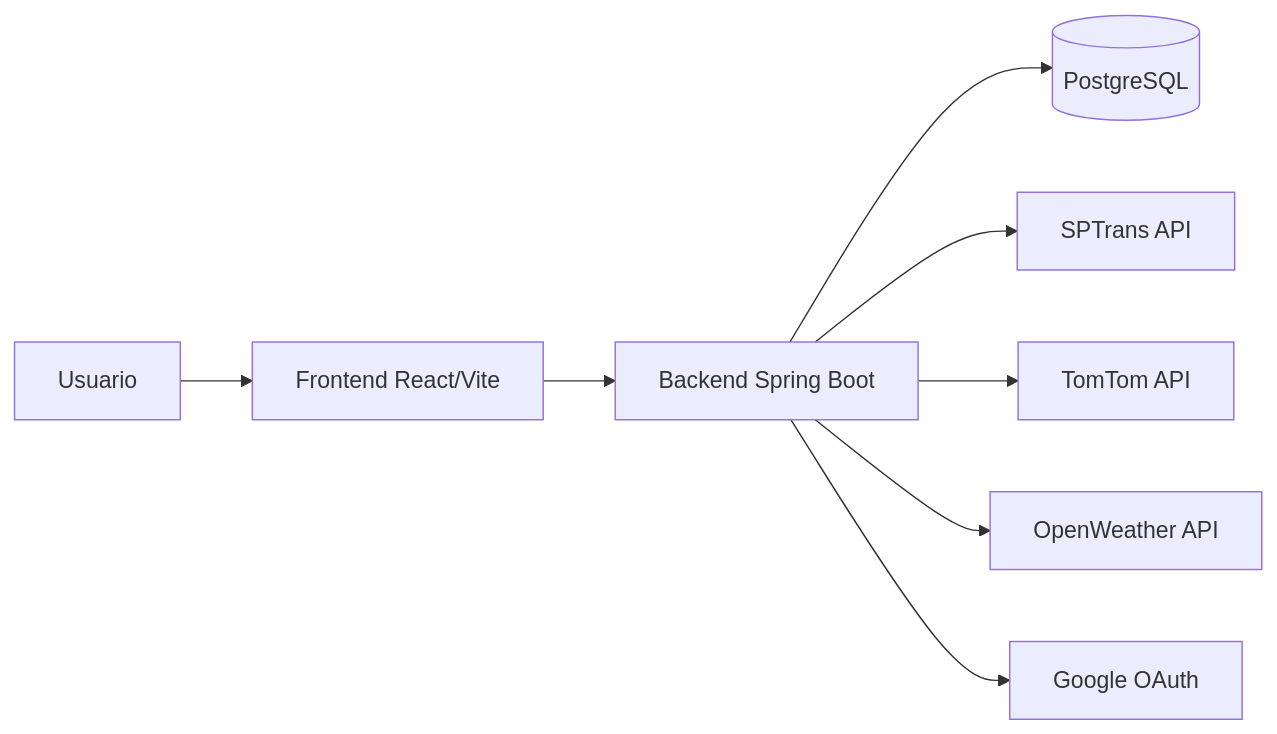
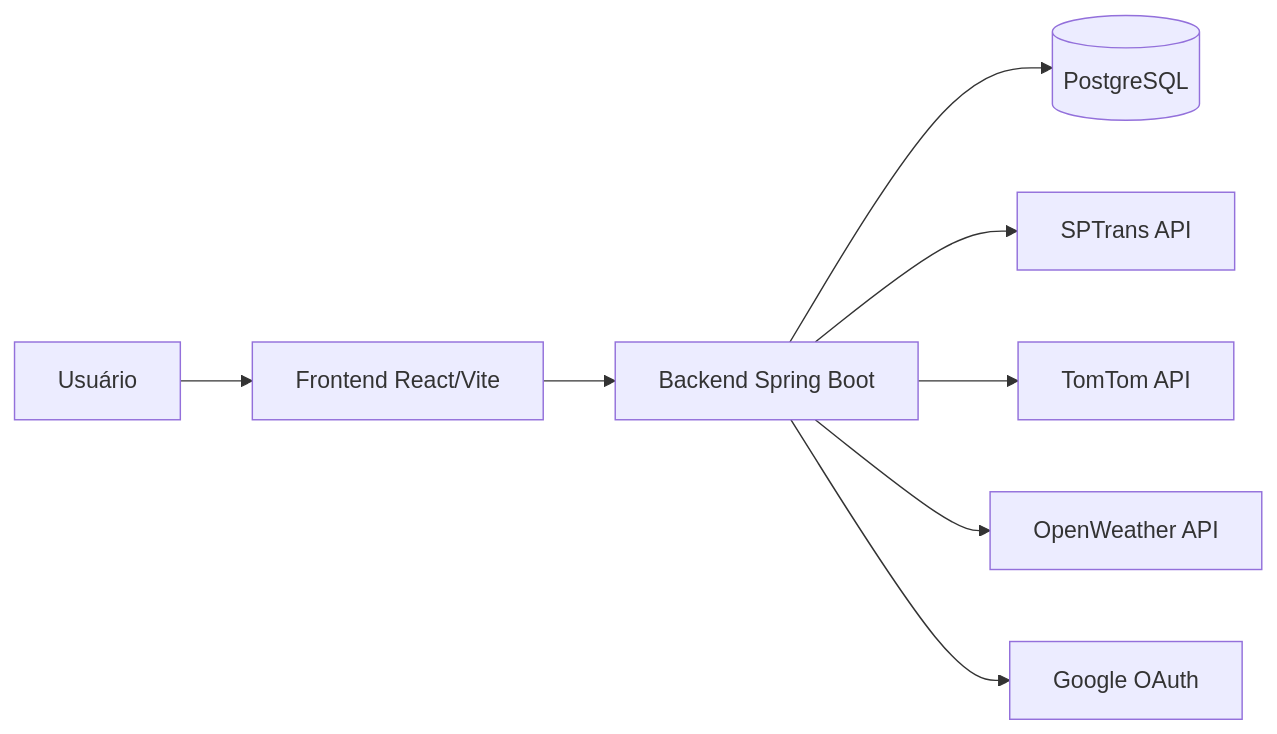
Before and after one commit to No-Country-simulation/S03-26-Equipe-26-Web-App-Development: the diagram in README.md, drawn with Mermaid. The commit also changed other lines of this file and 3 other files, not shown here.

````diff
--- a/README.md
+++ b/README.md
@@ -45,10 +45,10 @@
 ```mermaid
 flowchart LR
-    U[Usuario] --> F[Frontend React/Vite]
+    U[Usuário] --> F[Frontend React/Vite]
     F --> B[Backend Spring Boot]
     B --> P[(PostgreSQL)]
     B --> S[SPTrans API]
     B --> T[TomTom API]
     B --> W[OpenWeather API]
     B --> G[Google OAuth]
 ```
````
